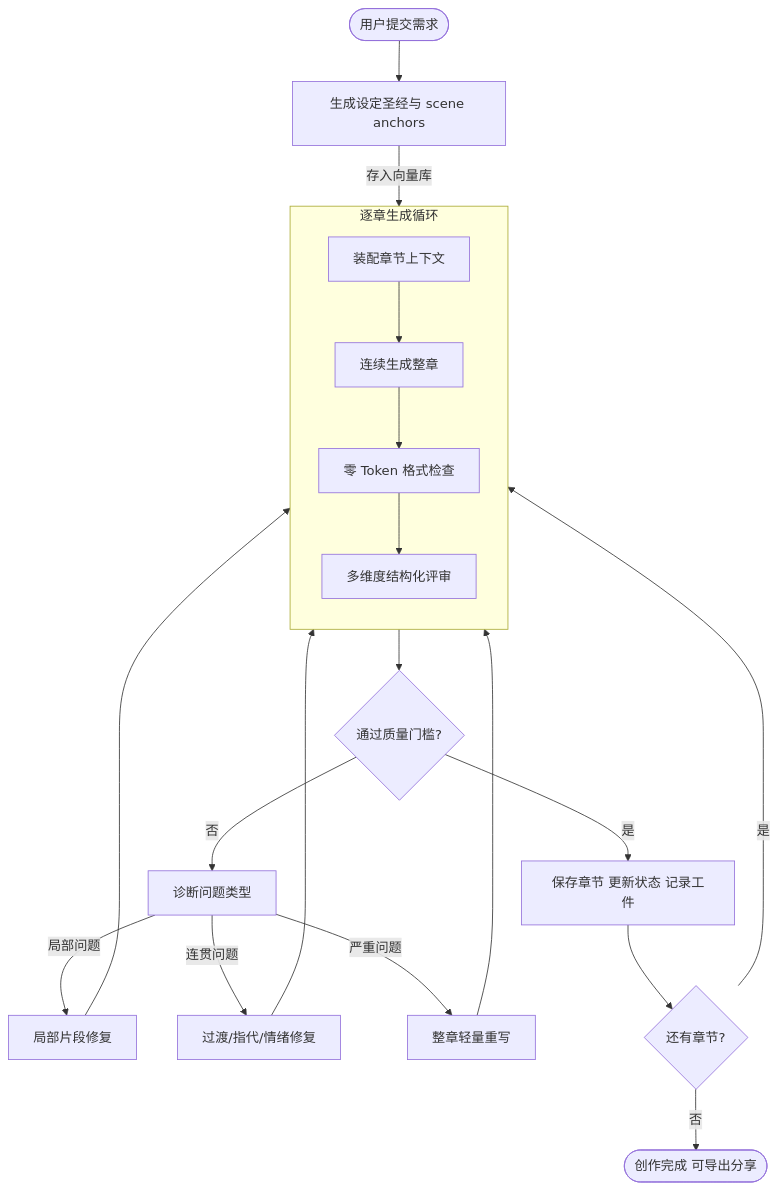
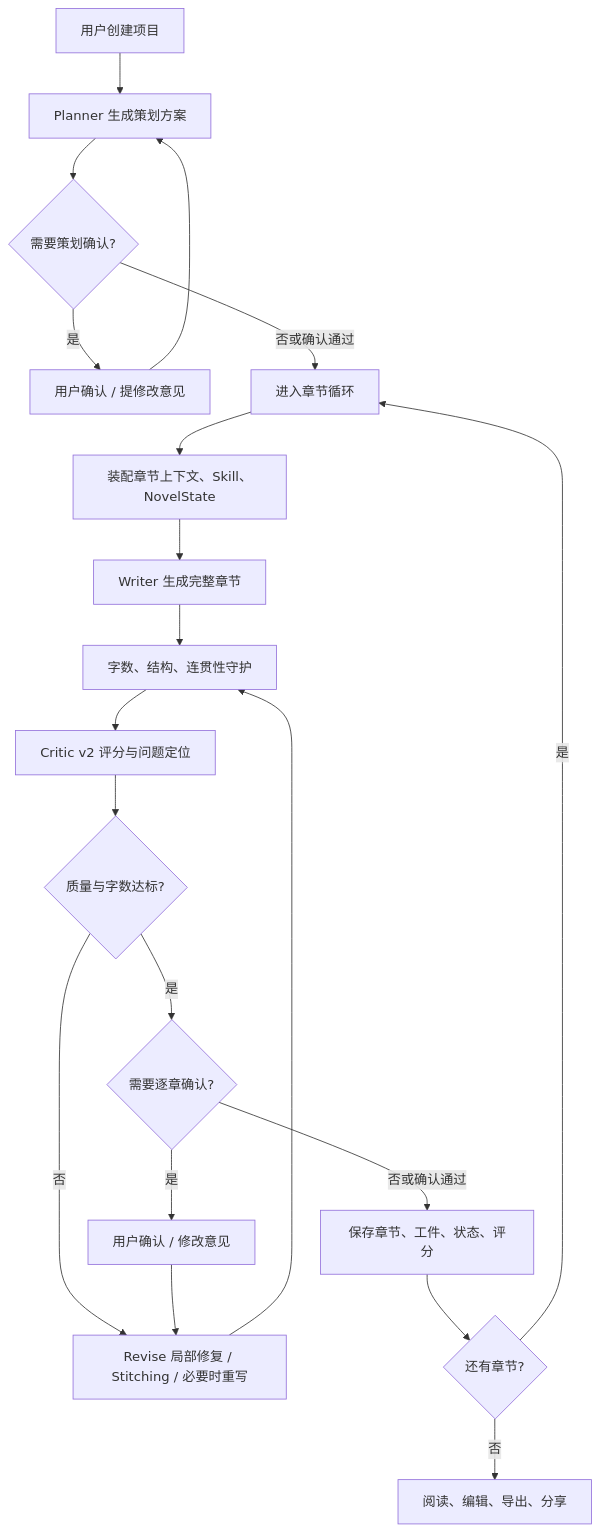
Before and after one commit to Wunicheng233/MutiAgentWriter: the second of 2 diagrams in README.md, drawn with Mermaid. The commit also changed other lines of this file and 68 other files, not shown here.

````diff
--- a/README.md
+++ b/README.md
@@ -331,35 +89,23 @@
 ```mermaid
 flowchart TD
-    Start([用户提交需求]) --> Planner
+    Start["用户创建项目"] --> Plan["Planner 生成策划方案"]
+    Plan --> ConfirmPlan{"需要策划确认?"}
+    ConfirmPlan -->|是| HumanPlan["用户确认 / 提修改意见"]
+    HumanPlan --> Plan
+    ConfirmPlan -->|否或确认通过| Loop["进入章节循环"]
 
-    Planner[生成设定圣经与 scene anchors] --> |存入向量库| Loop
-
-    subgraph Loop[逐章生成循环]
-        direction TB
-        Context[装配章节上下文]
-        Writer[连续生成整章]
-        Guardrails[零 Token 格式检查]
-        Critic[多维度结构化评审]
-
-        Context --> Writer
-        Writer --> Guardrails
-        Guardrails --> Critic
-    end
-
-    Critic --> Pass{通过质量门槛?}
-
-    Pass -->|是| Next[保存章节 更新状态 记录工件]
-    Pass -->|否| Failure[诊断问题类型]
-
-    Failure -->|局部问题| Revise[局部片段修复]
-    Failure -->|连贯问题| Stitch[过渡/指代/情绪修复]
-    Failure -->|严重问题| Rewrite[整章轻量重写]
-
-    Revise --> Guardrails
-    Stitch --> Guardrails
-    Rewrite --> Guardrails
-
-    Next --> More{还有章节?}
-    More -->|是| Context
-    More -->|否| Done([创作完成 可导出分享])
+    Loop --> Context["装配章节上下文、Skill、NovelState"]
+    Context --> Write["Writer 生成完整章节"]
+    Write --> Guard["字数、结构、连贯性守护"]
+    Guard --> Critic["Critic v2 评分与问题定位"]
+    Critic --> Pass{"质量与字数达标?"}
+    Pass -->|否| Repair["Revise 局部修复 / Stitching / 必要时重写"]
+    Repair --> Guard
+    Pass -->|是| ConfirmChapter{"需要逐章确认?"}
+    ConfirmChapter -->|是| HumanChapter["用户确认 / 修改意见"]
+    HumanChapter --> Repair
+    ConfirmChapter -->|否或确认通过| Save["保存章节、工件、状态、评分"]
+    Save --> More{"还有章节?"}
+    More -->|是| Loop
+    More -->|否| Done["阅读、编辑、导出、分享"]
 ```
````
